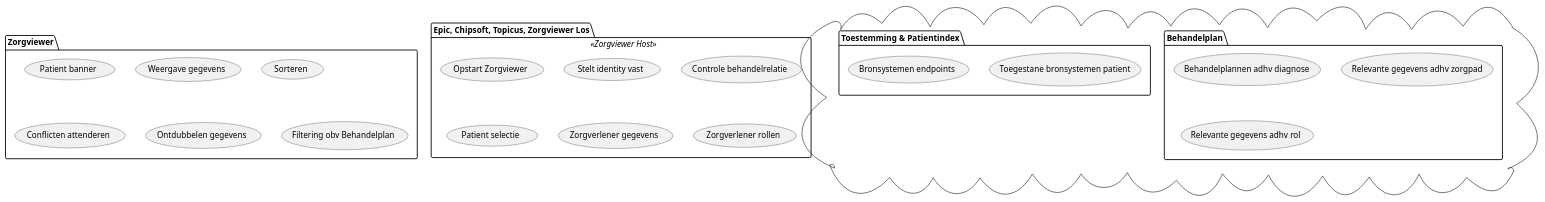
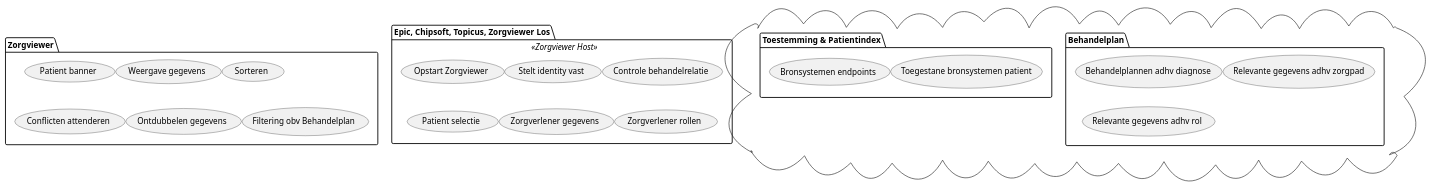
Before and after one commit to RIVO-Noord/zorgviewer-ig: the diagram in input/images-source/Functionaliteiten.plantuml, drawn with PlantUML. The commit also changed 3 other files, not shown here.

```diff
--- a/input/images-source/Functionaliteiten.plantuml
+++ b/input/images-source/Functionaliteiten.plantuml
@@ -1,35 +1,37 @@
 @startuml
 
 'left to right direction
+skinparam nodesep 1
+skinparam ranksep 1
 
 package "Zorgviewer" {
  (Patient banner)
  (Weergave gegevens)
  (Sorteren)
  (Conflicten attenderen)
  (Ontdubbelen gegevens)
  (Filtering obv Behandelplan)
 }
 
 package "Epic, Chipsoft, Topicus, Zorgviewer Los" <<Zorgviewer Host>> {
  (Opstart Zorgviewer)
  (Stelt identity vast)
  (Controle behandelrelatie)
  (Patient selectie)
  (Zorgverlener gegevens)
  (Zorgverlener rollen)
 }
 
 cloud {
  package "Behandelplan" {
   (Behandelplannen adhv diagnose)
   (Relevante gegevens adhv zorgpad)
   (Relevante gegevens adhv rol)
  }
  package "Toestemming & Patientindex" {
   (Toegestane bronsystemen patient)
   (Bronsystemen endpoints)
  }
 }
 
 @enduml
```
